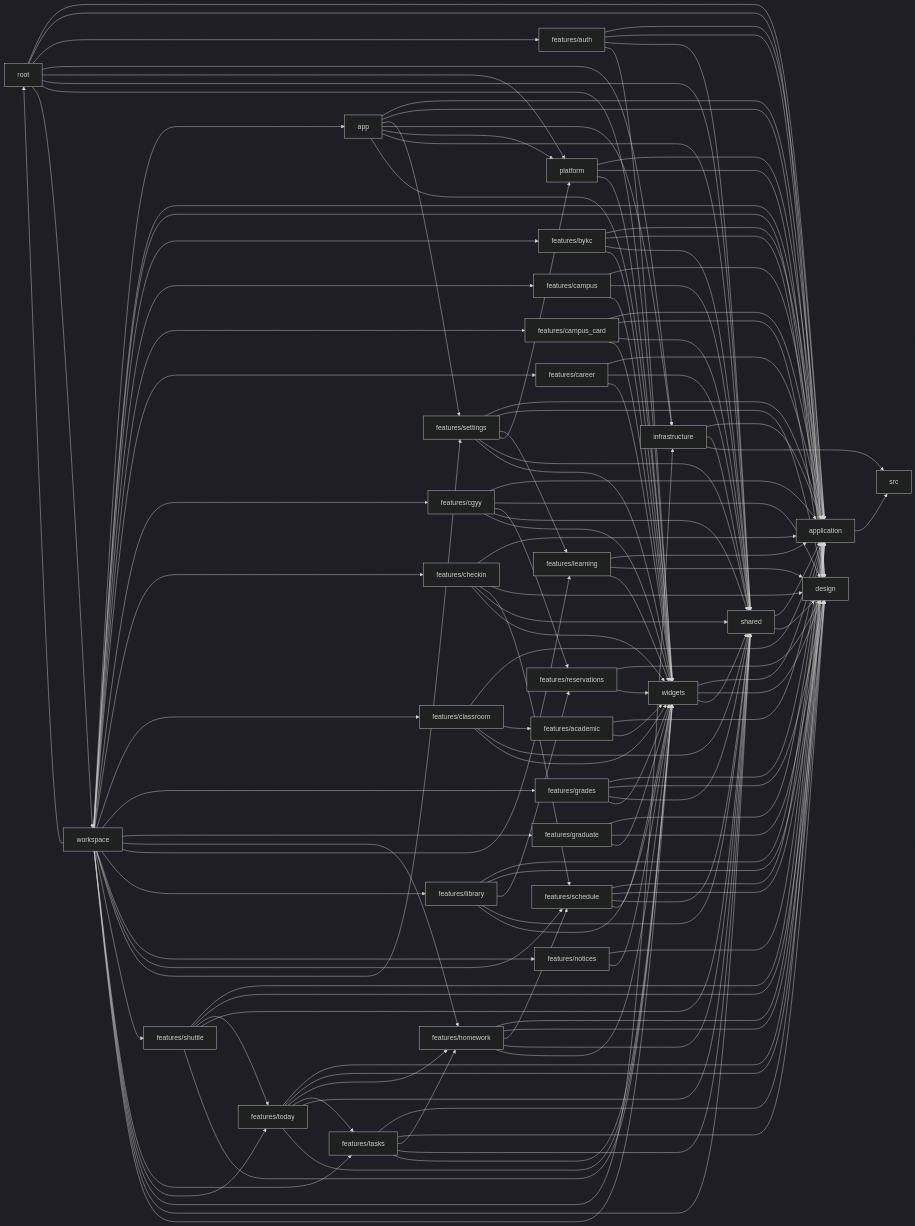
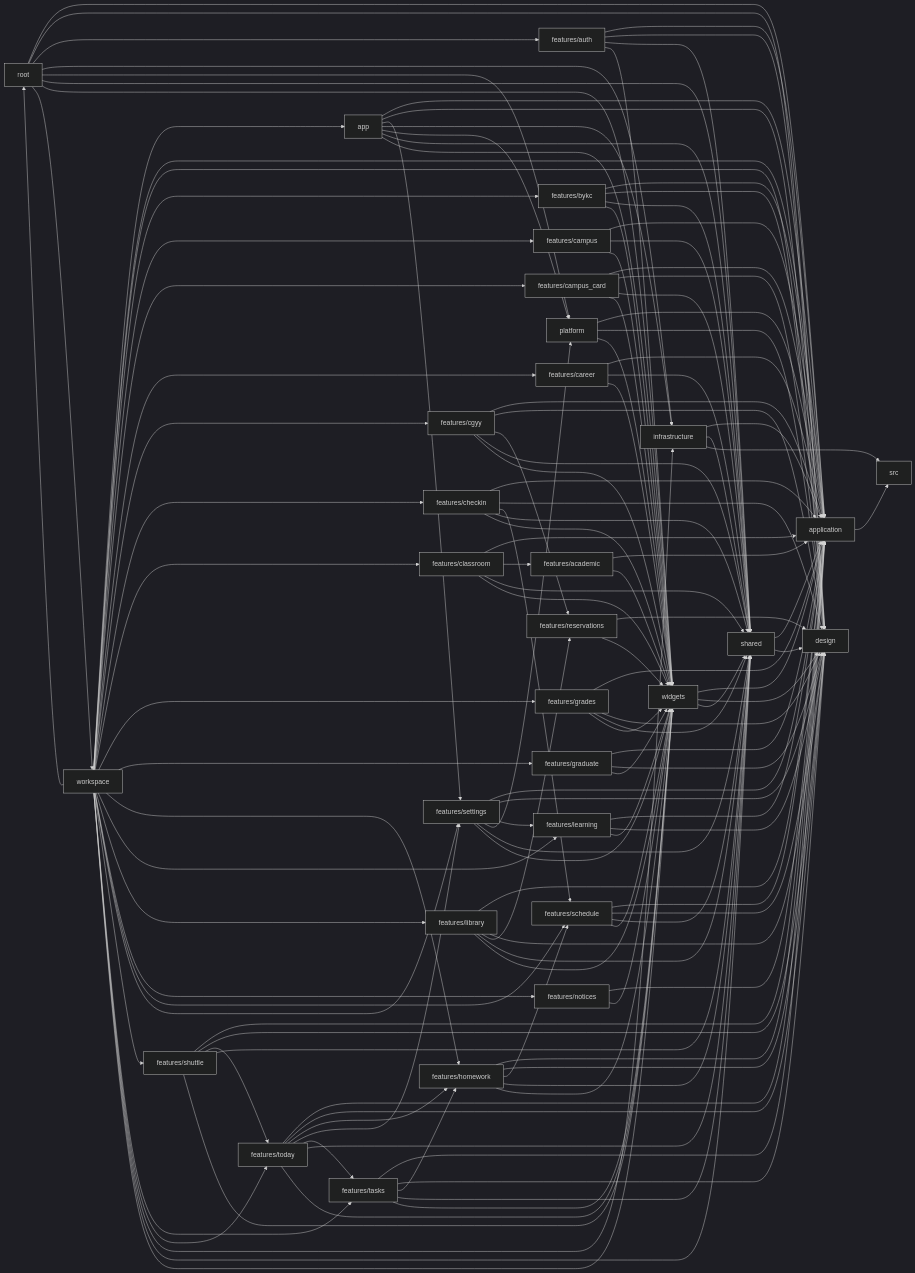
Before and after one commit to JUANWANG-BUAA/ginkgo: the first of 2 diagrams in docs/interfaces/DEPENDENCY-GRAPH.md, drawn with Mermaid (dark theme). The commit also changed other lines of this file and 143 other files, not shown here.

```diff
--- a/docs/interfaces/DEPENDENCY-GRAPH.md
+++ b/docs/interfaces/DEPENDENCY-GRAPH.md
@@ -130,6 +130,7 @@
   n_features_today --> n_application
   n_features_today --> n_design
   n_features_today --> n_features_homework
+  n_features_today --> n_features_settings
   n_features_today --> n_features_tasks
   n_features_today --> n_shared
   n_features_today --> n_widgets
```
